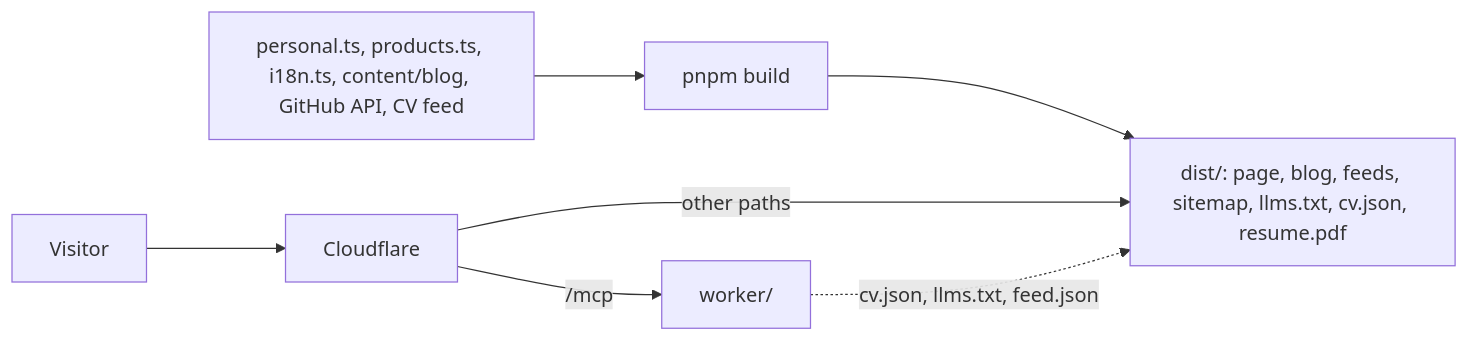
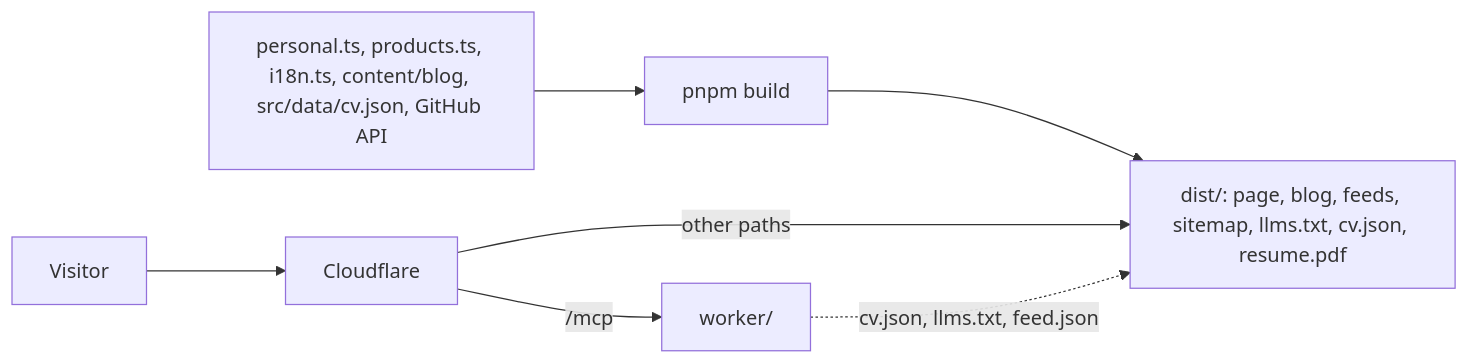
Before and after one commit to pavstev/website: the diagram in README.md, drawn with Mermaid. The commit also changed other lines of this file and 15 other files, not shown here.

````diff
--- a/README.md
+++ b/README.md
@@ -24,8 +24,8 @@
 ```mermaid
 flowchart LR
-  data["personal.ts, products.ts, i18n.ts, content/blog, GitHub API, CV feed"] --> build["pnpm build"] --> dist["dist/: page, blog, feeds, sitemap, llms.txt, cv.json, resume.pdf"]
+  data["personal.ts, products.ts, i18n.ts, content/blog, src/data/cv.json, GitHub API"] --> build["pnpm build"] --> dist["dist/: page, blog, feeds, sitemap, llms.txt, cv.json, resume.pdf"]
   visitor["Visitor"] --> cf["Cloudflare"]
   cf -- "other paths" --> dist
   cf -- "/mcp" --> worker["worker/"]
   worker -. "cv.json, llms.txt, feed.json" .-> dist
 ```
````
